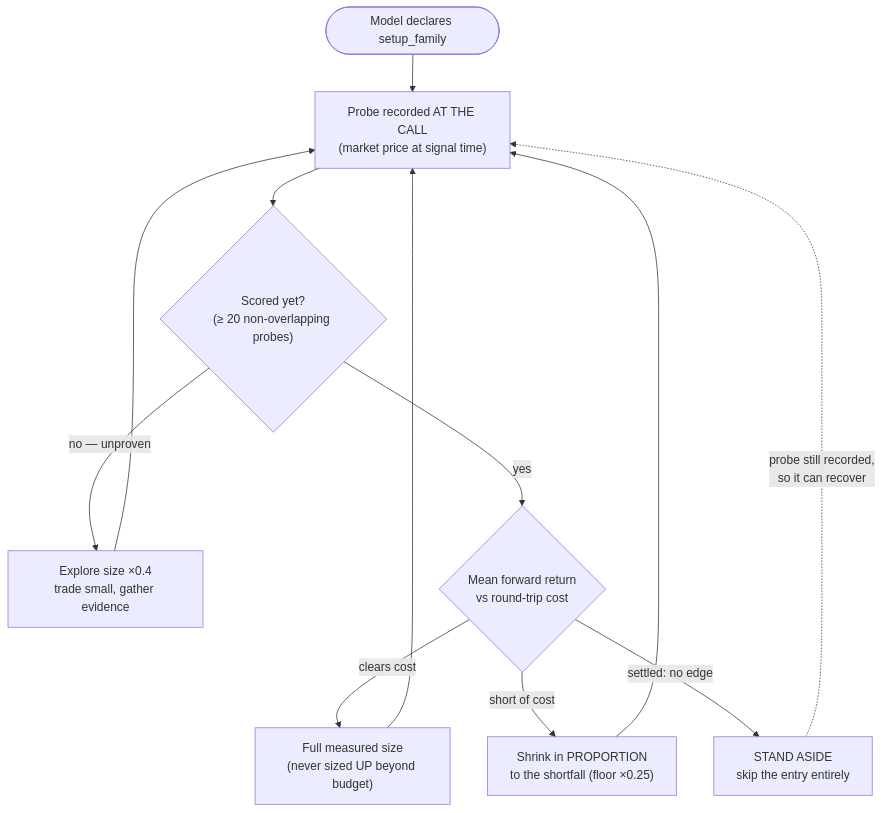
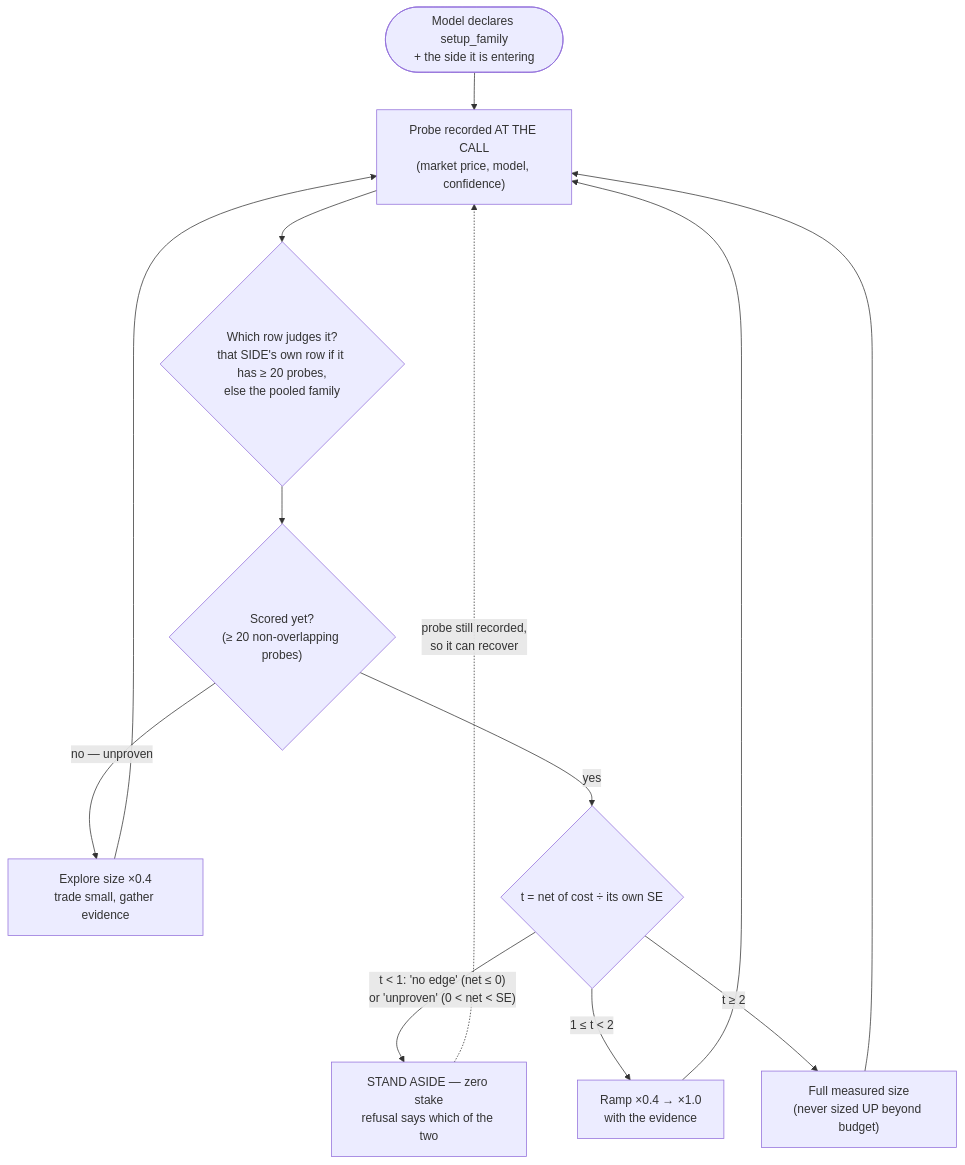
One commit to abozaralizadeh/trAIde changed the fifth of 10 diagrams in README.md. Above: the diagram before and after it, drawn with Mermaid. The commit also changed other lines of this file and 33 other files, not shown here.

First line of the commit message:
Fix probe settlement, per-side stakes, carry clock and exit scoring

````diff
--- a/README.md
+++ b/README.md
@@ -172,14 +172,15 @@
 ```mermaid
 flowchart TD
-    declare(["Model declares setup_family"]) --> probe["Probe recorded AT THE CALL<br/>(market price at signal time)"]
-    probe --> gate{"Scored yet?<br/>(&ge; 20 non-overlapping probes)"}
+    declare(["Model declares setup_family<br/>+ the side it is entering"]) --> probe["Probe recorded AT THE CALL<br/>(market price, model, confidence)"]
+    probe --> row{"Which row judges it?<br/>that SIDE's own row if it has &ge; 20 probes,<br/>else the pooled family"}
+    row --> gate{"Scored yet?<br/>(&ge; 20 non-overlapping probes)"}
     gate -->|"no — unproven"| explore["Explore size &times;0.4<br/>trade small, gather evidence"]
-    gate -->|yes| verdict{"Mean forward return<br/>vs round-trip cost"}
-    verdict -->|"clears cost"| full["Full measured size<br/>(never sized UP beyond budget)"]
-    verdict -->|"short of cost"| shrink["Shrink in PROPORTION<br/>to the shortfall (floor &times;0.25)"]
-    verdict -->|"settled: no edge"| aside["STAND ASIDE<br/>skip the entry entirely"]
+    gate -->|yes| tstat{"t = net of cost &divide; its own SE"}
+    tstat -->|"t &lt; 1: 'no edge' (net &le; 0)<br/>or 'unproven' (0 &lt; net &lt; SE)"| aside["STAND ASIDE — zero stake<br/>refusal says which of the two"]
+    tstat -->|"1 &le; t &lt; 2"| ramp["Ramp &times;0.4 &rarr; &times;1.0<br/>with the evidence"]
+    tstat -->|"t &ge; 2"| full["Full measured size<br/>(never sized UP beyond budget)"]
     explore --> probe
-    shrink --> probe
+    ramp --> probe
     aside -.->|"probe still recorded,<br/>so it can recover"| probe
     full --> probe
 ```
````
